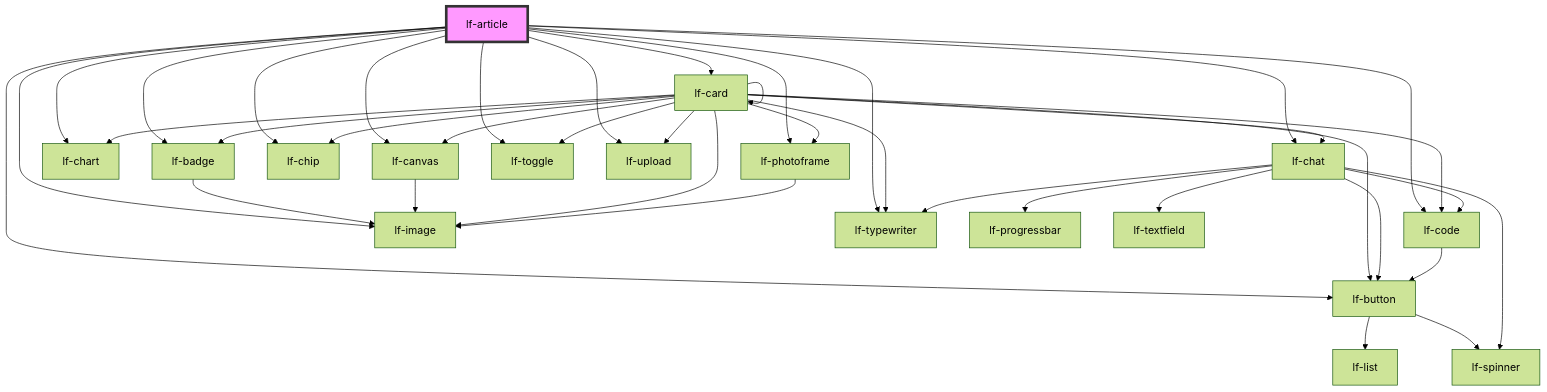
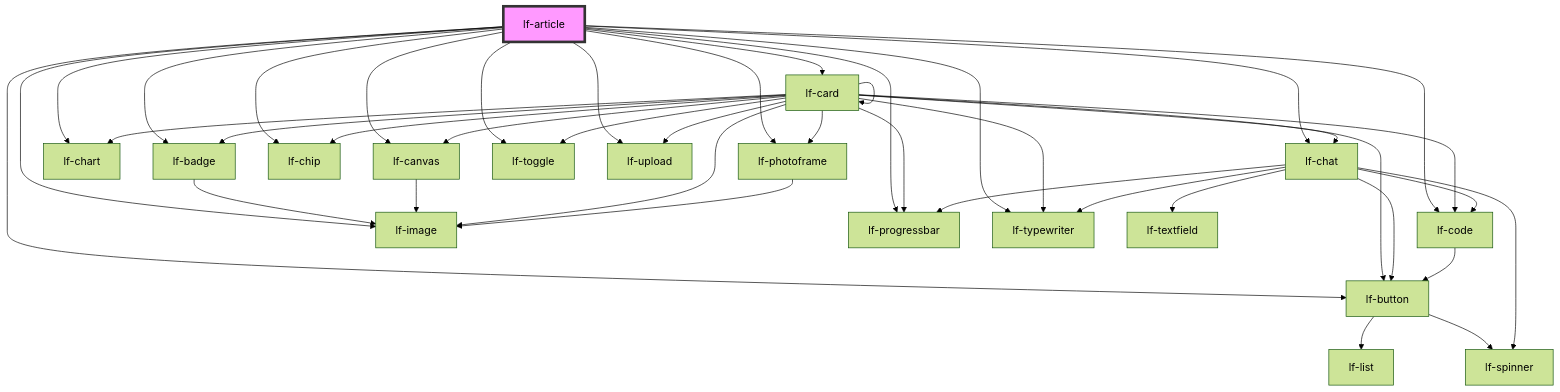
The diagram in packages/core/src/components/lf-article/readme.md (lucafoscili/lf-widgets), drawn with Mermaid (forest theme) before and after one commit. The commit also changed other lines of this file and 9 other files, not shown here.

````diff
--- a/packages/core/src/components/lf-article/readme.md
+++ b/packages/core/src/components/lf-article/readme.md
@@ -135,42 +136,44 @@
 ```mermaid
 graph TD;
   lf-article --> lf-badge
   lf-article --> lf-button
   lf-article --> lf-canvas
   lf-article --> lf-card
   lf-article --> lf-chart
   lf-article --> lf-chat
   lf-article --> lf-chip
   lf-article --> lf-code
   lf-article --> lf-image
   lf-article --> lf-photoframe
+  lf-article --> lf-progressbar
   lf-article --> lf-toggle
   lf-article --> lf-typewriter
   lf-article --> lf-upload
   lf-badge --> lf-image
   lf-button --> lf-list
   lf-button --> lf-spinner
   lf-canvas --> lf-image
   lf-card --> lf-badge
   lf-card --> lf-button
   lf-card --> lf-canvas
   lf-card --> lf-card
   lf-card --> lf-chart
   lf-card --> lf-chat
   lf-card --> lf-chip
   lf-card --> lf-code
   lf-card --> lf-image
   lf-card --> lf-photoframe
+  lf-card --> lf-progressbar
   lf-card --> lf-toggle
   lf-card --> lf-typewriter
   lf-card --> lf-upload
   lf-chat --> lf-spinner
   lf-chat --> lf-button
   lf-chat --> lf-typewriter
   lf-chat --> lf-progressbar
   lf-chat --> lf-textfield
   lf-chat --> lf-code
   lf-code --> lf-button
   lf-photoframe --> lf-image
   style lf-article fill:#f9f,stroke:#333,stroke-width:4px
 ```
````
